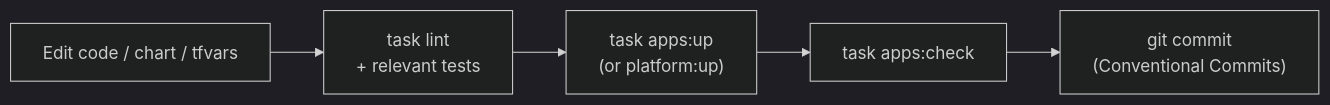
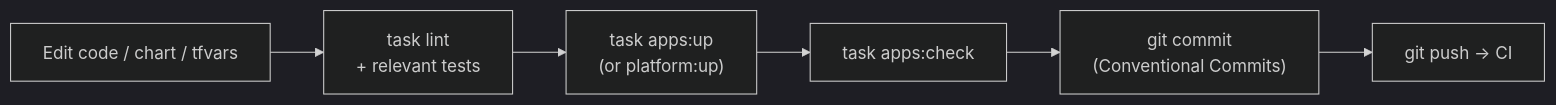
The seventh of 9 diagrams in docs/operator-guide.md (juanpaz90/AWS-Challenge), drawn with Mermaid (dark theme) before and after one commit. The commit also changed other lines of this file, not shown here.

````diff
--- a/docs/operator-guide.md
+++ b/docs/operator-guide.md
@@ -330,7 +551,8 @@
 ```mermaid
 flowchart LR
     edit[Edit code / chart / tfvars] --> lint["task lint<br/>+ relevant tests"]
     lint --> apply["task apps:up<br/>(or platform:up)"]
     apply --> check["task apps:check"]
     check --> commit["git commit<br/>(Conventional Commits)"]
+    commit --> push["git push → CI"]
 ```
````
